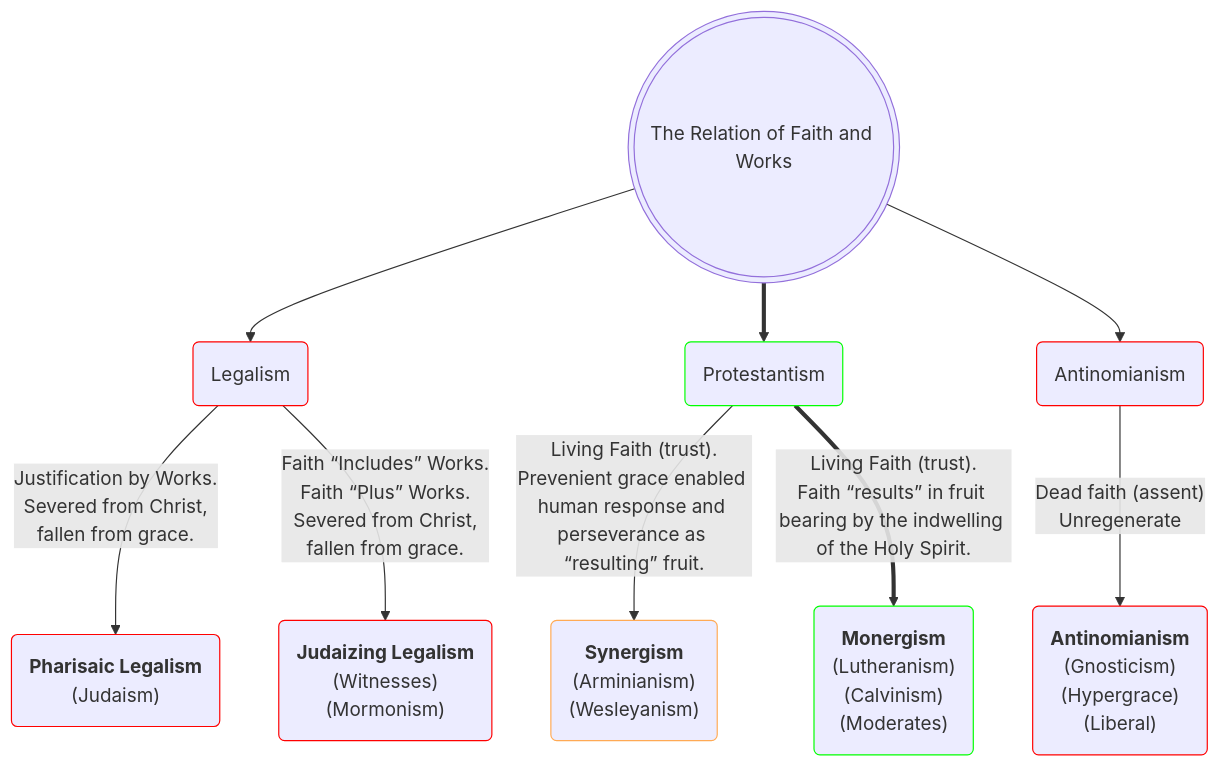
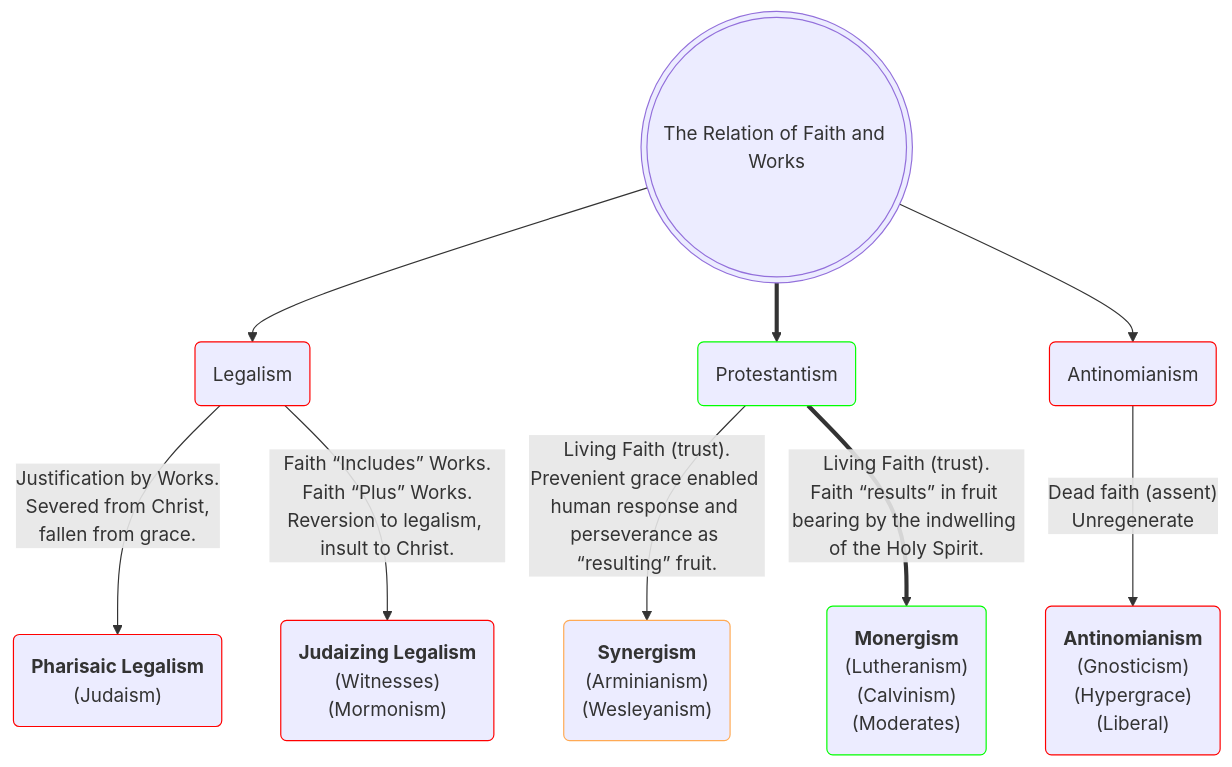
One commit to OrdoLuminis/ordoluminis.github.io changed the first of 2 diagrams in _posts/2025-08-03-historic-protestant-position.markdown. Above: the diagram before and after it, drawn with Mermaid. The commit also changed other lines of this file, not shown here.

````diff
--- a/_posts/2025-08-03-historic-protestant-position.markdown
+++ b/_posts/2025-08-03-historic-protestant-position.markdown
@@ -51,16 +51,16 @@
 ```mermaid
 flowchart TD
     A(((The Relation of Faith and Works)))
     A -->B(Legalism):::red
     A ==>C(Protestantism):::green
     A -->D(Antinomianism):::red
     B -->|Justification by Works.<br>Severed from Christ,<br>fallen from grace.| E(<strong>Pharisaic Legalism</strong><br>&lpar;Judaism&rpar;):::red
-    B -->|Faith &ldquo;Includes&rdquo; Works.<br>Faith &ldquo;Plus&rdquo; Works.<br>Severed from Christ,<br>fallen from grace.| F(<strong>Judaizing Legalism</strong><br>&lpar;Witnesses&rpar;<br>&lpar;Mormonism&rpar;):::red
+    B -->|Faith &ldquo;Includes&rdquo; Works.<br>Faith &ldquo;Plus&rdquo; Works.<br>Reversion to legalism, insult to Christ.| F(<strong>Judaizing Legalism</strong><br>&lpar;Witnesses&rpar;<br>&lpar;Mormonism&rpar;):::red
     C -->|Living Faith &lpar;trust&rpar;.<br>Prevenient grace enabled human response and perseverance as &ldquo;resulting&rdquo; fruit.| H(<strong>Synergism</strong><br>&lpar;Arminianism&rpar;<br>&lpar;Wesleyanism&rpar;):::orange
     C ==>|Living Faith &lpar;trust&rpar;.<br>Faith &ldquo;results&rdquo; in fruit bearing by the indwelling of the Holy Spirit.| I(<strong>Monergism</strong><br>&lpar;Lutheranism&rpar;<br>&lpar;Calvinism&rpar;<br>&lpar;Moderates&rpar;):::green
     D -->|Dead faith &lpar;assent&rpar;<br>Unregenerate| G(<strong>Antinomianism</strong><br>&lpar;Gnosticism&rpar;<br>&lpar;Hypergrace&rpar;<br>&lpar;Liberal&rpar;):::red
     classDef red stroke:#f00
     classDef green stroke:#0f0
     classDef lightgreen stroke:#Bf0
     classDef orange stroke:#fa5
 ```
````
